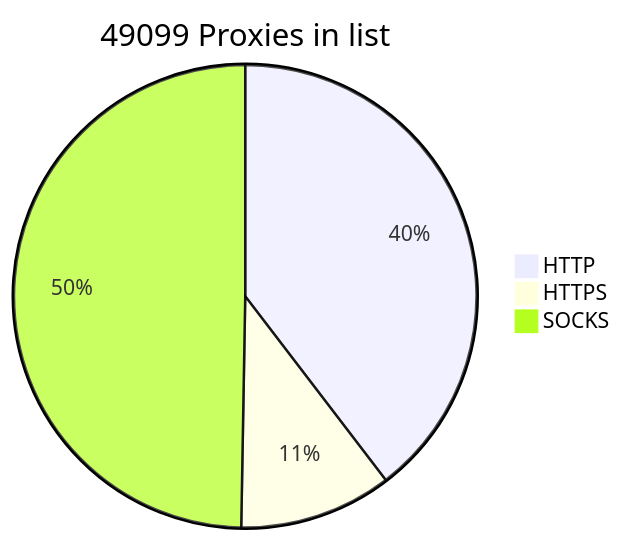
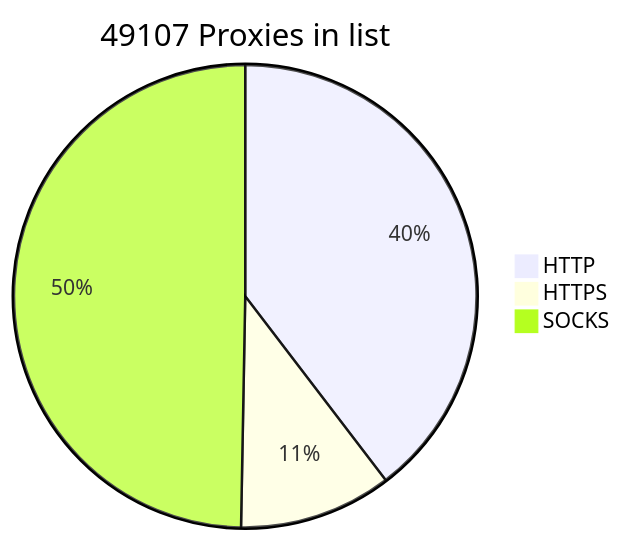
Before and after one commit to BlackSnowDot/proxylist-update-every-minute: the diagram in README.md, drawn with Mermaid.

````diff
--- a/README.md
+++ b/README.md
@@ -2,6 +2,6 @@
 ```mermaid
-pie title 49099 Proxies in list
-    "HTTP" : 21476
-    "HTTPS": 5785
-    "SOCKS" : 26962
+pie title 49107 Proxies in list
+    "HTTP" : 21489
+    "HTTPS": 5788
+    "SOCKS" : 26963
 ```
````
